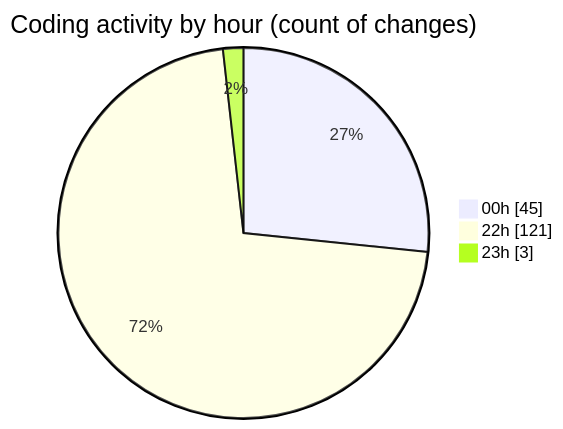
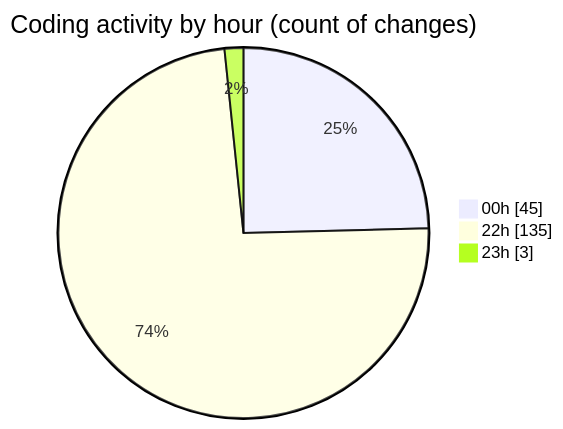
Before and after one commit to Ritupan-Deka/code-tracking: the second of 2 diagrams in 2025-07-29/javascript/README.md, drawn with Mermaid. The commit also changed other lines of this file and 1 other file, not shown here.

````diff
--- a/2025-07-29/javascript/README.md
+++ b/2025-07-29/javascript/README.md
@@ -29,7 +29,7 @@
 ```mermaid
 pie showData
 title Coding activity by hour (count of changes)
 "00h" : 45
-"22h" : 121
+"22h" : 135
 "23h" : 3
 ```
````
